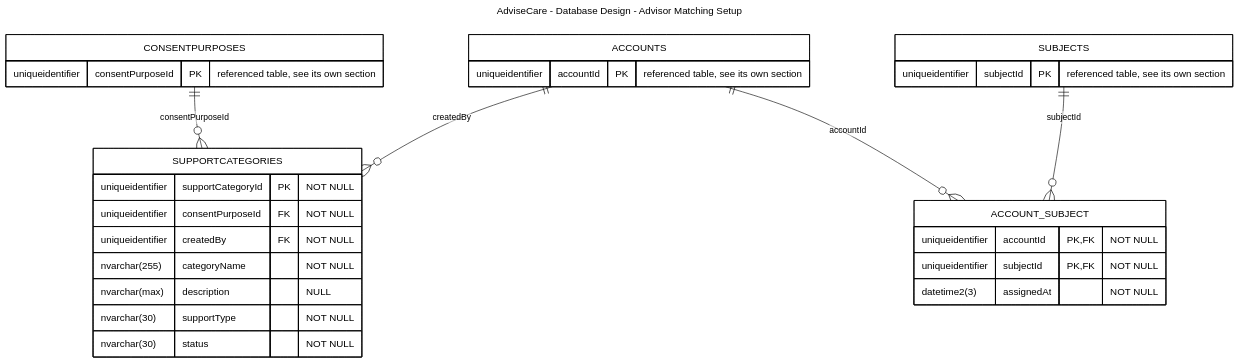
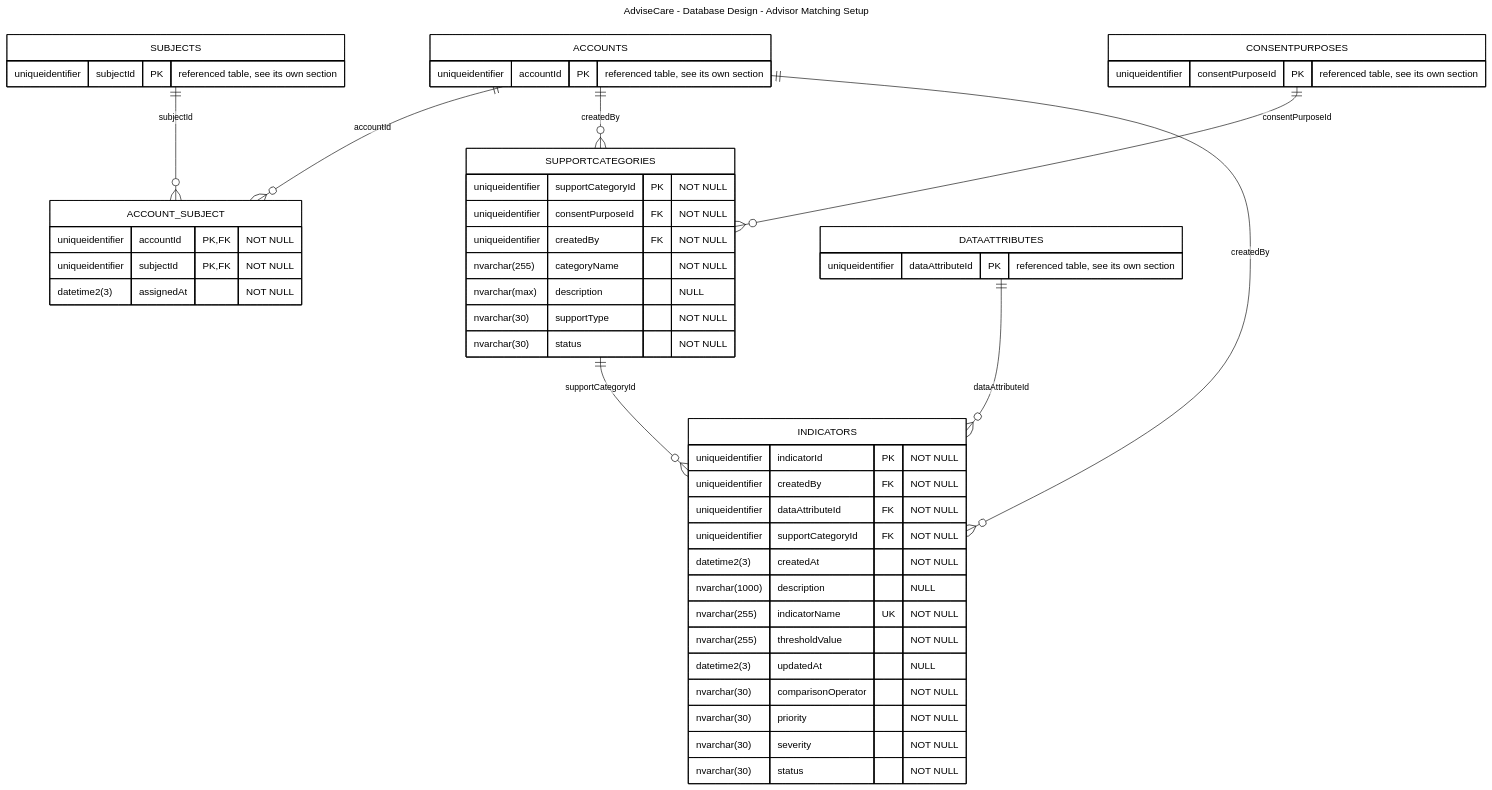
Before and after one commit to DanieLsvenn/AdviseCare: the diagram in Mermaid/Report 4/Database Design/Database_Design_4_Advisor_Matching_Setup.mmd, drawn with Mermaid. The commit also changed 131 other files, not shown here.

```diff
--- a/Mermaid/Report 4/Database Design/Database_Design_4_Advisor_Matching_Setup.mmd
+++ b/Mermaid/Report 4/Database Design/Database_Design_4_Advisor_Matching_Setup.mmd
@@ -1,32 +1,53 @@
 ---
 title: AdviseCare - Database Design - Advisor Matching Setup
 ---
 %%{init: {"theme":"base","themeVariables":{"background":"#ffffff","textColor":"#000000","primaryColor":"#ffffff","primaryTextColor":"#000000","primaryBorderColor":"#000000","secondaryColor":"#ffffff","secondaryTextColor":"#000000","secondaryBorderColor":"#000000","tertiaryColor":"#ffffff","tertiaryTextColor":"#000000","tertiaryBorderColor":"#000000","lineColor":"#000000","mainBkg":"#ffffff","secondBkg":"#ffffff","nodeBorder":"#000000","clusterBkg":"#ffffff","clusterBorder":"#000000","defaultLinkColor":"#000000","actorBkg":"#ffffff","actorBorder":"#000000","actorTextColor":"#000000","actorLineColor":"#000000","signalColor":"#000000","signalTextColor":"#000000","labelBoxBkgColor":"#ffffff","labelBoxBorderColor":"#000000","labelTextColor":"#000000","noteBkgColor":"#ffffff","noteBorderColor":"#000000","noteTextColor":"#000000","activationBkgColor":"#ffffff","activationBorderColor":"#000000","sequenceNumberColor":"#000000","attributeBackgroundColor":"#ffffff","classBackground":"#ffffff","classBorder":"#000000"}}}%%
 erDiagram
     ACCOUNT_SUBJECT {
         uniqueidentifier accountId PK, FK "NOT NULL"
         uniqueidentifier subjectId PK, FK "NOT NULL"
         datetime2(3) assignedAt "NOT NULL"
     }
     SUPPORTCATEGORIES {
         uniqueidentifier supportCategoryId PK "NOT NULL"
         uniqueidentifier consentPurposeId FK "NOT NULL"
         uniqueidentifier createdBy FK "NOT NULL"
         nvarchar(255) categoryName "NOT NULL"
         nvarchar(max) description "NULL"
         nvarchar(30) supportType "NOT NULL"
         nvarchar(30) status "NOT NULL"
     }
+    INDICATORS {
+        uniqueidentifier indicatorId PK "NOT NULL"
+        uniqueidentifier createdBy FK "NOT NULL"
+        uniqueidentifier dataAttributeId FK "NOT NULL"
+        uniqueidentifier supportCategoryId FK "NOT NULL"
+        datetime2(3) createdAt "NOT NULL"
+        nvarchar(1000) description "NULL"
+        nvarchar(255) indicatorName UK "NOT NULL"
+        nvarchar(255) thresholdValue "NOT NULL"
+        datetime2(3) updatedAt "NULL"
+        nvarchar(30) comparisonOperator "NOT NULL"
+        nvarchar(30) priority "NOT NULL"
+        nvarchar(30) severity "NOT NULL"
+        nvarchar(30) status "NOT NULL"
+    }
     ACCOUNTS {
         uniqueidentifier accountId PK "referenced table, see its own section"
     }
     CONSENTPURPOSES {
         uniqueidentifier consentPurposeId PK "referenced table, see its own section"
     }
+    DATAATTRIBUTES {
+        uniqueidentifier dataAttributeId PK "referenced table, see its own section"
+    }
     SUBJECTS {
         uniqueidentifier subjectId PK "referenced table, see its own section"
     }
+    ACCOUNTS ||--o{ ACCOUNT_SUBJECT : "accountId"
+    SUBJECTS ||--o{ ACCOUNT_SUBJECT : "subjectId"
     CONSENTPURPOSES ||--o{ SUPPORTCATEGORIES : "consentPurposeId"
     ACCOUNTS ||--o{ SUPPORTCATEGORIES : "createdBy"
-    ACCOUNTS ||--o{ ACCOUNT_SUBJECT : "accountId"
-    SUBJECTS ||--o{ ACCOUNT_SUBJECT : "subjectId"
+    ACCOUNTS ||--o{ INDICATORS : "createdBy"
+    DATAATTRIBUTES ||--o{ INDICATORS : "dataAttributeId"
+    SUPPORTCATEGORIES ||--o{ INDICATORS : "supportCategoryId"
```
